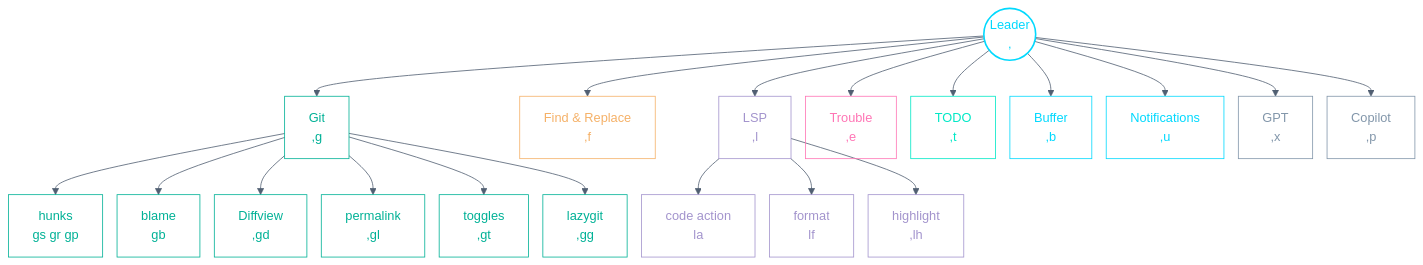
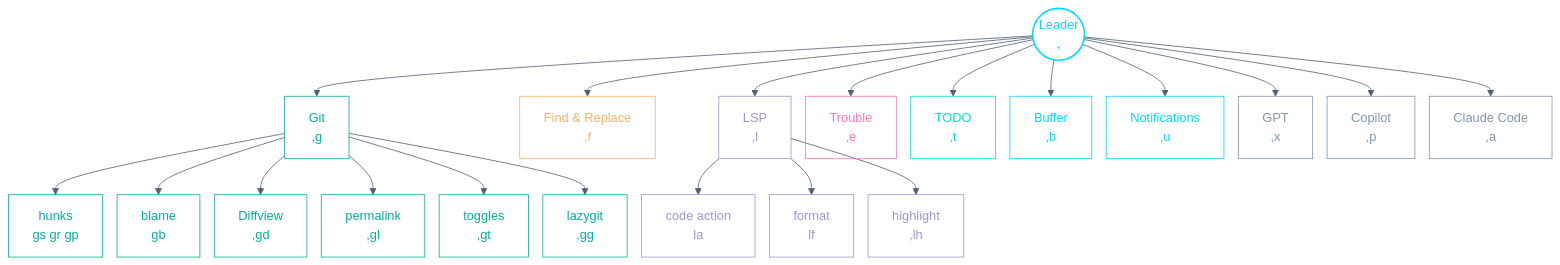
Before and after one commit to hallaji/dotfiles: the first of 2 diagrams in docs/NEOVIM.md, drawn with Mermaid. The commit also changed other lines of this file and 6 other files, not shown here.

````diff
--- a/docs/NEOVIM.md
+++ b/docs/NEOVIM.md
@@ -42,38 +42,39 @@
 ```mermaid
 %%{init: {'flowchart': {'nodeSpacing': 18, 'rankSpacing': 45}}}%%
 flowchart TD
     leader(("Leader<br/>,")):::core
 
     leader --> git["Git<br/>,g"]:::git
     git --> git1["hunks<br/>gs gr gp"]:::git
     git --> git2["blame<br/>gb"]:::git
     git --> git3["Diffview<br/>,gd"]:::git
     git --> git4["permalink<br/>,gl"]:::git
     git --> git5["toggles<br/>,gt"]:::git
     git --> git6["lazygit<br/>,gg"]:::git
 
     leader --> find["Find & Replace<br/>,f"]:::find
     leader --> lsp["LSP<br/>,l"]:::lsp
     lsp --> lsp1["code action<br/>la"]:::lsp
     lsp --> lsp2["format<br/>lf"]:::lsp
     lsp --> lsp3["highlight<br/>,lh"]:::lsp
     leader --> trouble["Trouble<br/>,e"]:::trouble
     leader --> todo["TODO<br/>,t"]:::todo
     leader --> buffer["Buffer<br/>,b"]:::buffer
     leader --> notif["Notifications<br/>,u"]:::buffer
     leader --> gpt["GPT<br/>,x"]:::ai
     leader --> copilot["Copilot<br/>,p"]:::ai
+    leader --> claude["Claude Code<br/>,a"]:::ai
 
     %% Colors from config/env/.env palette (see docs/ARCHITECTURE.md):
     %% core=#02d9fe  git=#00b196  find=#f5b168  lsp=#a394cd
     %% trouble=#ff75b5  todo=#00e8c6  ai=#8296aa  links=#515f72
     classDef core fill:transparent,stroke:#02d9fe,stroke-width:2px,color:#02d9fe
     classDef git fill:transparent,stroke:#00b196,color:#00b196
     classDef find fill:transparent,stroke:#f5b168,color:#f5b168
     classDef lsp fill:transparent,stroke:#a394cd,color:#a394cd
     classDef trouble fill:transparent,stroke:#ff75b5,color:#ff75b5
     classDef todo fill:transparent,stroke:#00e8c6,color:#00e8c6
     classDef buffer fill:transparent,stroke:#02d9fe,color:#02d9fe
     classDef ai fill:transparent,stroke:#8296aa,color:#8296aa
     linkStyle default stroke:#515f72,color:#8296aa
 ```
````
